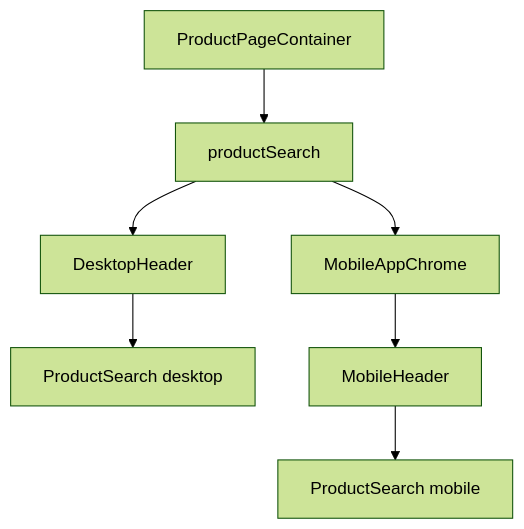
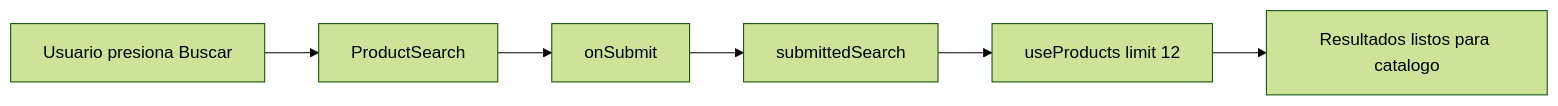
Before and after one commit to BrandonAlbertt/ecommerce-sosaimpor-frontend: the fourth of 4 diagrams in documentacion/GUIA_BARRA_BUSQUEDA_PRODUCTOS.md, drawn with Mermaid (forest theme). The commit also changed other lines of this file and 13 other files, not shown here.

````diff
--- a/documentacion/GUIA_BARRA_BUSQUEDA_PRODUCTOS.md
+++ b/documentacion/GUIA_BARRA_BUSQUEDA_PRODUCTOS.md
@@ -122,9 +79,8 @@
 ```mermaid
-flowchart TD
-  A[ProductPageContainer] --> B[productSearch]
-  B --> C[DesktopHeader]
-  B --> D[MobileAppChrome]
-  C --> E[ProductSearch desktop]
-  D --> F[MobileHeader]
-  F --> G[ProductSearch mobile]
+flowchart LR
+  A[Usuario presiona Buscar] --> B[ProductSearch]
+  B --> C[onSubmit]
+  C --> D[submittedSearch]
+  D --> E[useProducts limit 12]
+  E --> F[Resultados listos para catalogo]
 ```
````
